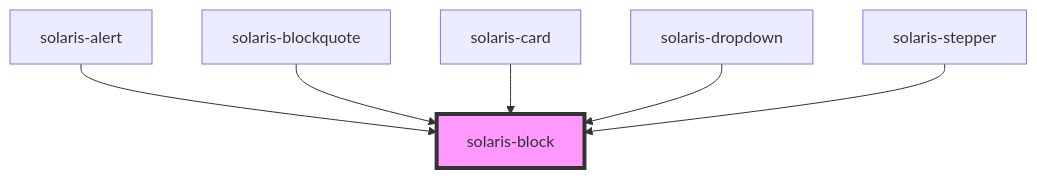
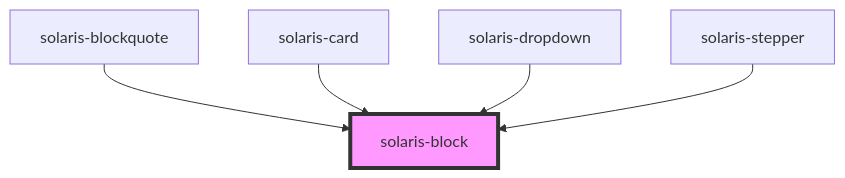
Before and after one commit to Lynxgsm/solaris-design-system: the diagram in packages/solaris-core/src/components/solaris-block/readme.md, drawn with Mermaid. The commit also changed other lines of this file and 10 other files, not shown here.

````diff
--- a/packages/solaris-core/src/components/solaris-block/readme.md
+++ b/packages/solaris-core/src/components/solaris-block/readme.md
@@ -27,9 +26,8 @@
 ```mermaid
 graph TD;
-  solaris-alert --> solaris-block
   solaris-blockquote --> solaris-block
   solaris-card --> solaris-block
   solaris-dropdown --> solaris-block
   solaris-stepper --> solaris-block
   style solaris-block fill:#f9f,stroke:#333,stroke-width:4px
 ```
````
